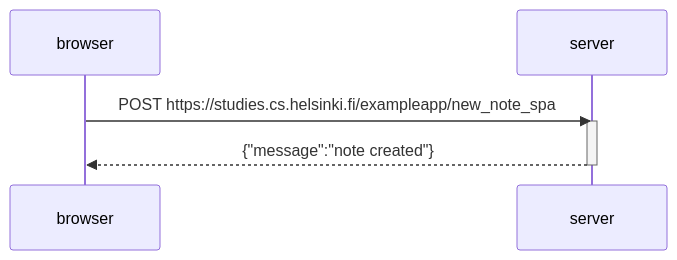
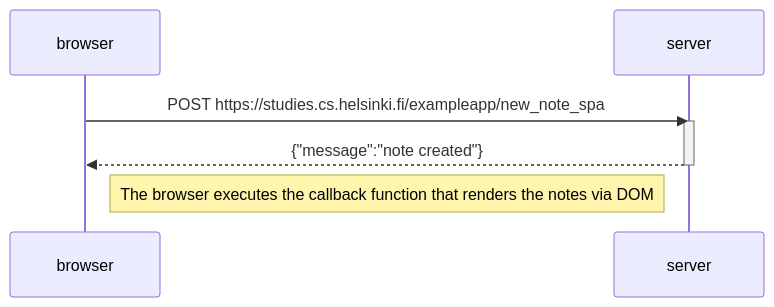
One commit to z0nsk1/FullStackOpen23 changed the diagram in osa0/0.6_sekvenssikaavio.md. Above: the diagram before and after it, drawn with Mermaid.

````diff
--- a/osa0/0.6_sekvenssikaavio.md
+++ b/osa0/0.6_sekvenssikaavio.md
@@ -1,10 +1,12 @@
 ```mermaid
 sequenceDiagram
   participant browser
   participant server
 
   browser->>server: POST https://studies.cs.helsinki.fi/exampleapp/new_note_spa
   activate server
   server-->>browser: {"message":"note created"}
   deactivate server
+
+  Note right of browser: The browser executes the callback function that renders the notes via DOM
 ```
````
